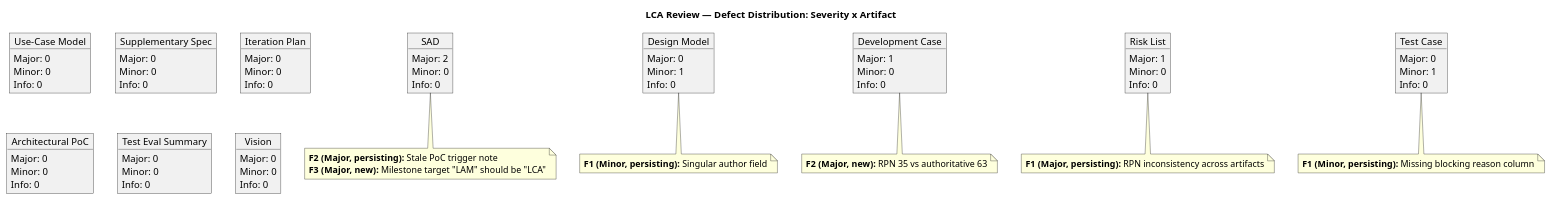
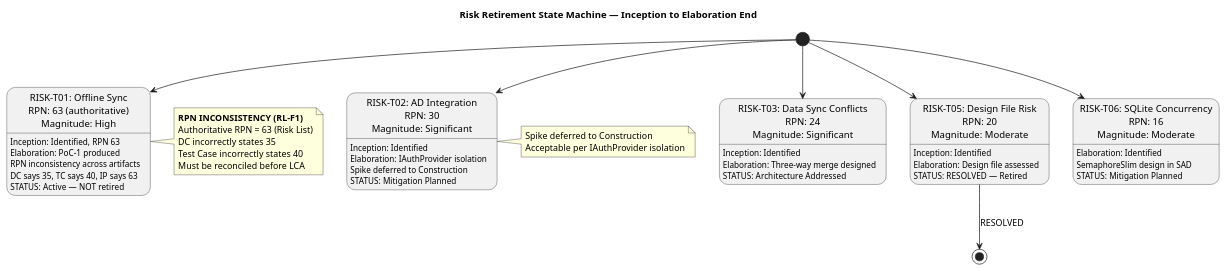
Before and after one commit to banense-test/demo-janke-lab: the second of 3 diagrams in docs/artifacts/project-management/review-record.md, drawn with PlantUML. The commit also changed other lines of this file, not shown here.

First line of the commit message:
Management Reviewer [E1]: upsert Review Record

````diff
--- a/docs/artifacts/project-management/review-record.md
+++ b/docs/artifacts/project-management/review-record.md
@@ -152,93 +109,59 @@
 ```plantuml
 @startuml
-title LCA Review — Defect Distribution: Severity x Artifact
+title Risk Retirement State Machine — Inception to Elaboration End
 
-object "SAD" as SAD {
-  Major: 2
-  Minor: 0
-  Info: 0
+state "RISK-T01: Offline Sync\nRPN: 63 (authoritative)\nMagnitude: High" as T01_High {
+  T01_High : Inception: Identified, RPN 63
+  T01_High : Elaboration: PoC-1 produced
+  T01_High : RPN inconsistency across artifacts
+  T01_High : DC says 35, TC says 40, IP says 63
+  T01_High : STATUS: Active — NOT retired
 }
 
-object "Design Model" as DM {
-  Major: 0
-  Minor: 1
-  Info: 0
+state "RISK-T02: AD Integration\nRPN: 30\nMagnitude: Significant" as T02_Sig {
+  T02_Sig : Inception: Identified
+  T02_Sig : Elaboration: IAuthProvider isolation
+  T02_Sig : Spike deferred to Construction
+  T02_Sig : STATUS: Mitigation Planned
 }
 
-object "Development Case" as DC {
-  Major: 1
-  Minor: 0
-  Info: 0
+state "RISK-T03: Data Sync Conflicts\nRPN: 24\nMagnitude: Significant" as T03_Sig {
+  T03_Sig : Inception: Identified
+  T03_Sig : Elaboration: Three-way merge designed
+  T03_Sig : STATUS: Architecture Addressed
 }
 
-object "Risk List" as RL {
-  Major: 1
-  Minor: 0
-  Info: 0
+state "RISK-T05: Design File Risk\nRPN: 20\nMagnitude: Moderate" as T05_Mod {
+  T05_Mod : Inception: Identified
+  T05_Mod : Elaboration: Design file assessed
+  T05_Mod : STATUS: RESOLVED — Retired
 }
 
-object "Test Case" as TC {
-  Major: 0
-  Minor: 1
-  Info: 0
+state "RISK-T06: SQLite Concurrency\nRPN: 16\nMagnitude: Moderate" as T06_Mod {
+  T06_Mod : Elaboration: Identified
+  T06_Mod : SemaphoreSlim design in SAD
+  T06_Mod : STATUS: Mitigation Planned
 }
 
-object "Use-Case Model" as UCM {
-  Major: 0
-  Minor: 0
-  Info: 0
-}
+[*] --> T01_High
+[*] --> T02_Sig
+[*] --> T03_Sig
+[*] --> T05_Mod
+[*] --> T06_Mod
 
-object "Supplementary Spec" as SS {
-  Major: 0
-  Minor: 0
-  Info: 0
-}
+T05_Mod --> [*] : RESOLVED
 
-object "Iteration Plan" as IP {
-  Major: 0
-  Minor: 0
-  Info: 0
-}
-
-object "Architectural PoC" as POC {
-  Major: 0
-  Minor: 0
-  Info: 0
-}
-
-object "Test Eval Summary" as TES {
-  Major: 0
-  Minor: 0
-  Info: 0
-}
-
-object "Vision" as VIS {
-  Major: 0
-  Minor: 0
-  Info: 0
-}
-
-note bottom of SAD
-  **F2 (Major, persisting):** Stale PoC trigger note
-  **F3 (Major, new):** Milestone target "LAM" should be "LCA"
+note right of T01_High
+  **RPN INCONSISTENCY (RL-F1)**
+  Authoritative RPN = 63 (Risk List)
+  DC incorrectly states 35
+  Test Case incorrectly states 40
+  Must be reconciled before LCA
 end note
 
-note bottom of DC
-  **F2 (Major, new):** RPN 35 vs authoritative 63
+note right of T02_Sig
+  Spike deferred to Construction
+  Acceptable per IAuthProvider isolation
 end note
-
-note bottom of RL
-  **F1 (Major, persisting):** RPN inconsistency across artifacts
-end note
-
-note bottom of DM
-  **F1 (Minor, persisting):** Singular author field
-end note
-
-note bottom of TC
-  **F1 (Minor, persisting):** Missing blocking reason column
-end note
-
 @enduml
 ```
````
